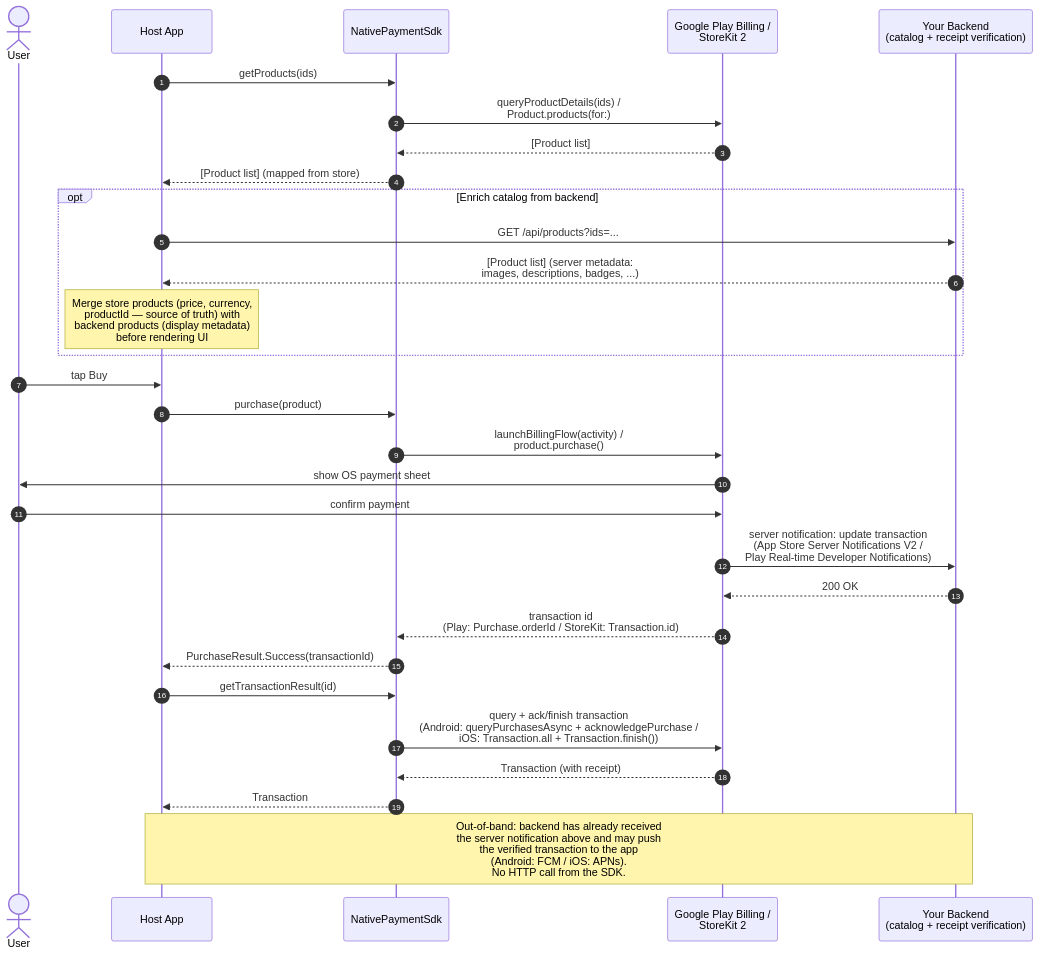
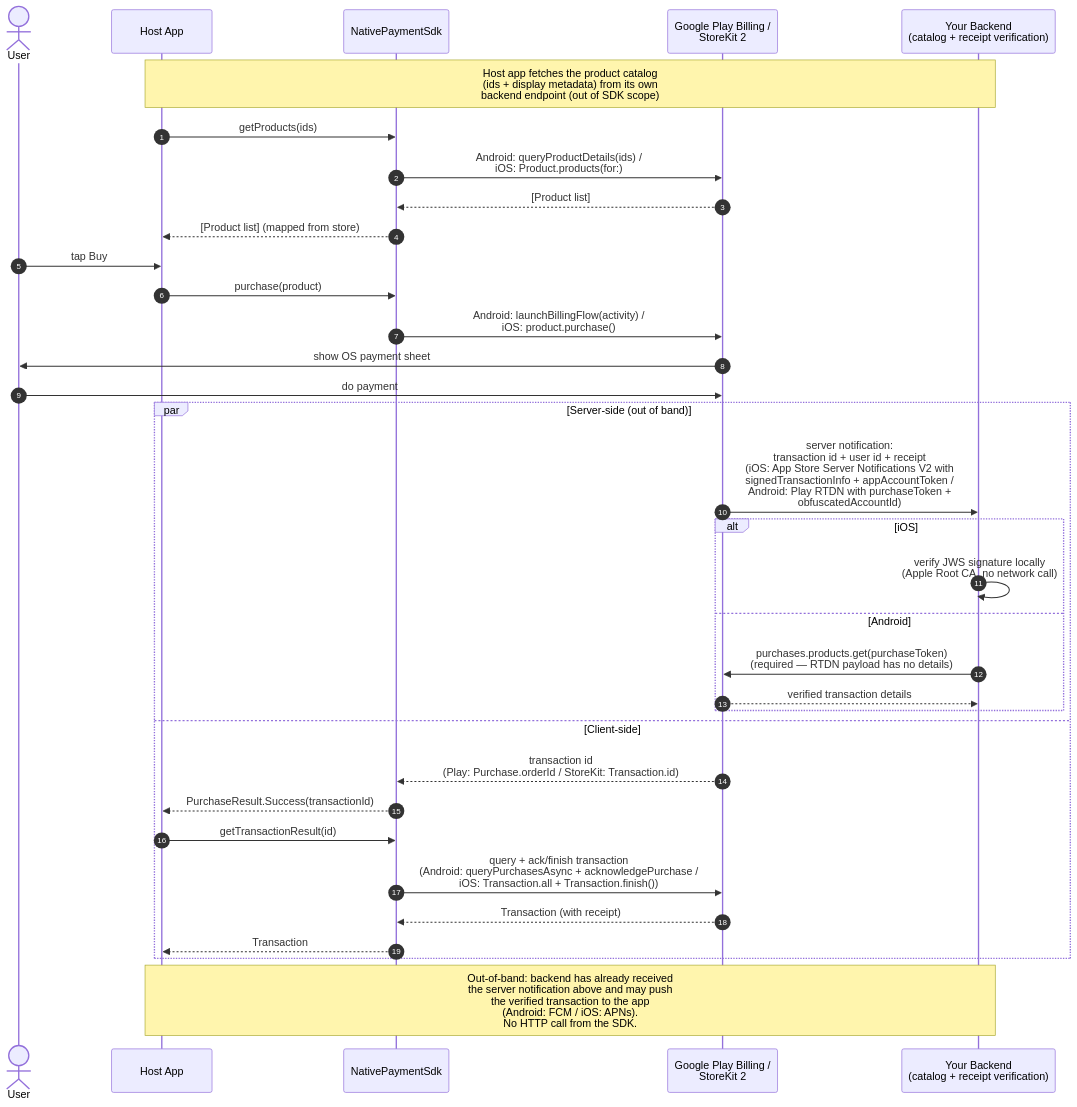
The second of 2 diagrams in README.md (KhangTranUney/SharedPaymentSdk), drawn with Mermaid before and after one commit. The commit also changed other lines of this file and 5 other files, not shown here.

First line of the commit message:
Show client/server branches in parallel in section 4a sequence diagram

````diff
--- a/README.md
+++ b/README.md
@@ -252,37 +253,40 @@
 ```mermaid
 sequenceDiagram
     autonumber
     actor User
     participant App as Host App
     participant SDK as NativePaymentSdk
     participant Store as Google Play Billing /<br/>StoreKit 2
     participant Backend as Your Backend<br/>(catalog + receipt verification)
 
+    Note over App,Backend: Host app fetches the product catalog<br/>(ids + display metadata) from its own<br/>backend endpoint (out of SDK scope)
     App->>SDK: getProducts(ids)
-    SDK->>Store: queryProductDetails(ids) /<br/>Product.products(for:)
+    SDK->>Store: Android: queryProductDetails(ids) /<br/>iOS: Product.products(for:)
     Store-->>SDK: [Product list]
     SDK-->>App: [Product list] (mapped from store)
 
-    opt Enrich catalog from backend
-        App->>Backend: GET /api/products?ids=...
-        Backend-->>App: [Product list] (server metadata:<br/>images, descriptions, badges, ...)
-        Note over App: Merge store products (price, currency,<br/>productId — source of truth) with<br/>backend products (display metadata)<br/>before rendering UI
-    end
-
     User->>App: tap Buy
     App->>SDK: purchase(product)
-    SDK->>Store: launchBillingFlow(activity) /<br/>product.purchase()
+    SDK->>Store: Android: launchBillingFlow(activity) /<br/>iOS: product.purchase()
     Store->>User: show OS payment sheet
-    User->>Store: confirm payment
-    Store->>Backend: server notification: update transaction<br/>(App Store Server Notifications V2 /<br/>Play Real-time Developer Notifications)
-    Backend-->>Store: 200 OK
-    Store-->>SDK: transaction id<br/>(Play: Purchase.orderId / StoreKit: Transaction.id)
-    SDK-->>App: PurchaseResult.Success(transactionId)
+    User->>Store: do payment
 
-    App->>SDK: getTransactionResult(id)
-    SDK->>Store: query + ack/finish transaction<br/>(Android: queryPurchasesAsync + acknowledgePurchase /<br/>iOS: Transaction.all + Transaction.finish())
-    Store-->>SDK: Transaction (with receipt)
-    SDK-->>App: Transaction
+    par Server-side (out of band)
+        Store->>Backend: server notification:<br/>transaction id + user id + receipt<br/>(iOS: App Store Server Notifications V2 with<br/>signedTransactionInfo + appAccountToken /<br/>Android: Play RTDN with purchaseToken +<br/>obfuscatedAccountId)
+        alt iOS
+            Backend->>Backend: verify JWS signature locally<br/>(Apple Root CA, no network call)
+        else Android
+            Backend->>Store: purchases.products.get(purchaseToken)<br/>(required — RTDN payload has no details)
+            Store-->>Backend: verified transaction details
+        end
+    and Client-side
+        Store-->>SDK: transaction id<br/>(Play: Purchase.orderId / StoreKit: Transaction.id)
+        SDK-->>App: PurchaseResult.Success(transactionId)
+        App->>SDK: getTransactionResult(id)
+        SDK->>Store: query + ack/finish transaction<br/>(Android: queryPurchasesAsync + acknowledgePurchase /<br/>iOS: Transaction.all + Transaction.finish())
+        Store-->>SDK: Transaction (with receipt)
+        SDK-->>App: Transaction
+    end
 
     Note over Backend,App: Out-of-band: backend has already received<br/>the server notification above and may push<br/>the verified transaction to the app<br/>(Android: FCM / iOS: APNs).<br/>No HTTP call from the SDK.
 ```
````
